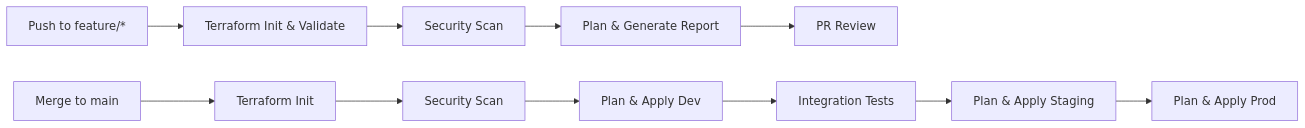
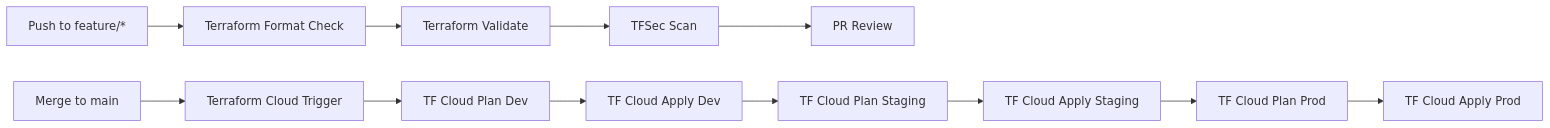
Before and after one commit to piksel-ina/piksel-documentation: the fourth of 9 diagrams in operations/01-repository-strategy-and-cicd.md, drawn with Mermaid. The commit also changed other lines of this file, not shown here.

````diff
--- a/operations/01-repository-strategy-and-cicd.md
+++ b/operations/01-repository-strategy-and-cicd.md
@@ -261,14 +250,15 @@
 ```mermaid
 flowchart LR
-    A[Push to feature/*] --> B[Terraform Init & Validate]
-    B --> C[Security Scan]
-    C --> D[Plan & Generate Report]
+    A[Push to feature/*] --> B[Terraform Format Check]
+    B --> C[Terraform Validate]
+    C --> D[TFSec Scan]
     D --> E[PR Review]
 
-    F[Merge to main] --> G[Terraform Init]
-    G --> H[Security Scan]
-    H --> I[Plan & Apply Dev]
-    I --> J[Integration Tests]
-    J --> K[Plan & Apply Staging]
-    K --> L[Plan & Apply Prod]
+    F[Merge to main] --> G[Terraform Cloud Trigger]
+    G --> H[TF Cloud Plan Dev]
+    H --> I[TF Cloud Apply Dev]
+    I --> J[TF Cloud Plan Staging]
+    J --> K[TF Cloud Apply Staging]
+    K --> L[TF Cloud Plan Prod]
+    L --> M[TF Cloud Apply Prod]
 ```
````
